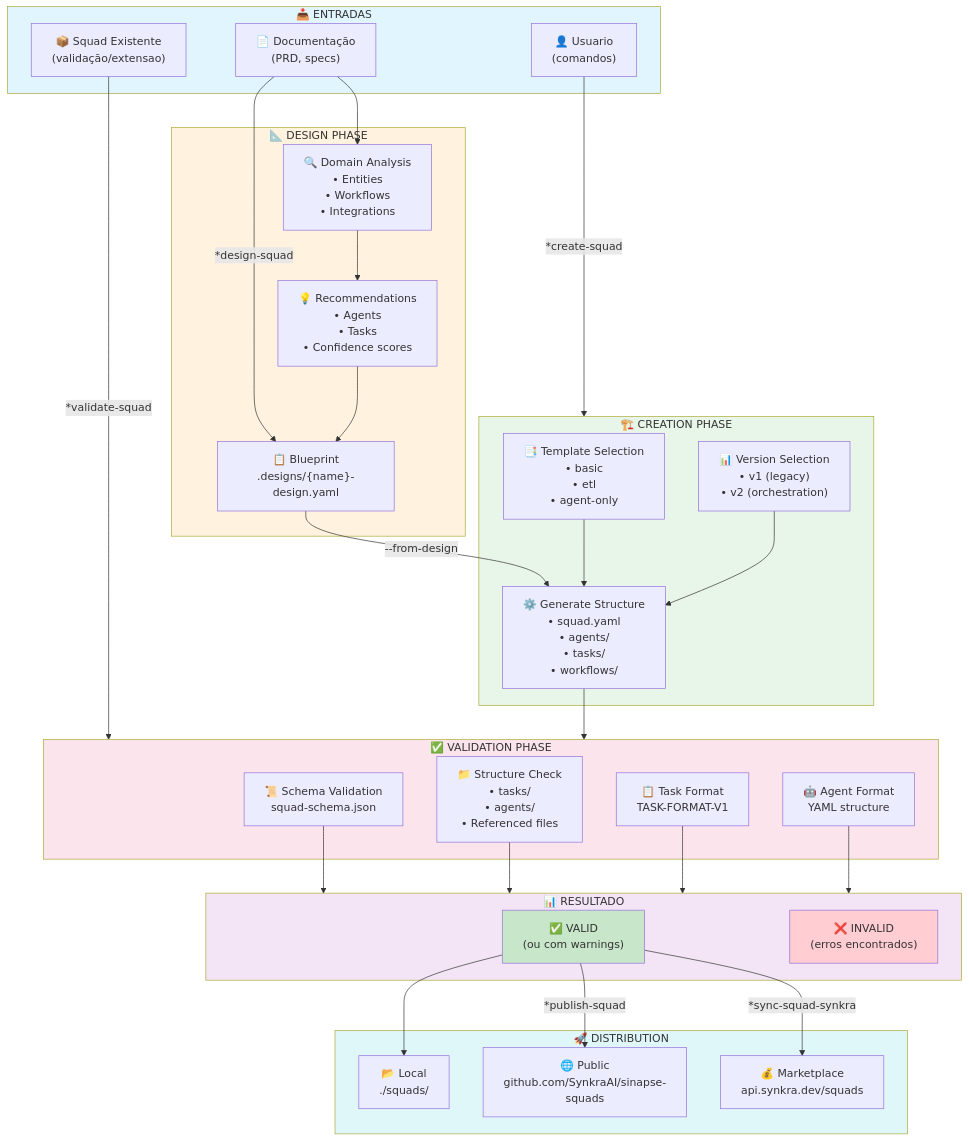
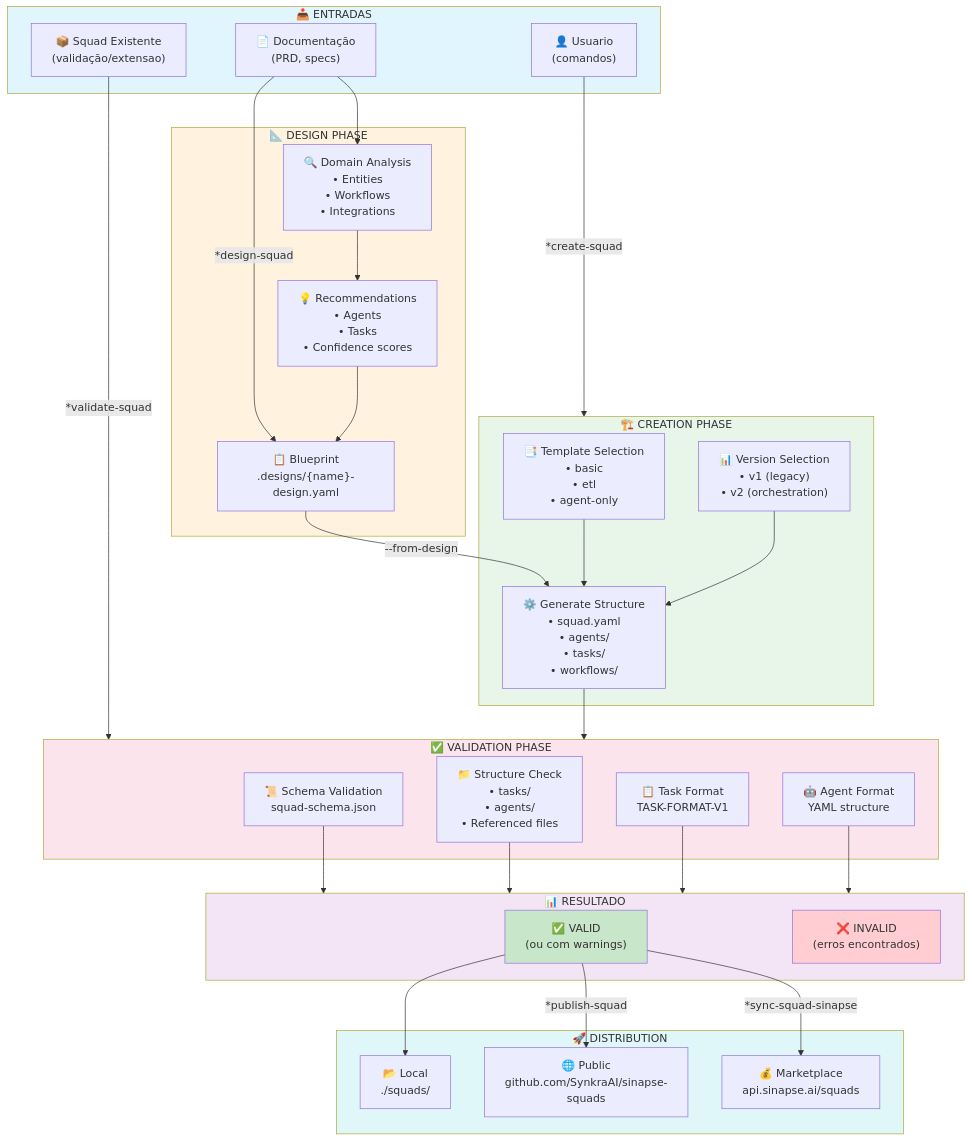
Before and after one commit to caioimori/sinapse-ai: the first of 6 diagrams in docs/sinapse-agent-flows/squad-creator-system.md, drawn with Mermaid. The commit also changed other lines of this file and 166 other files, not shown here.

First line of the commit message:
feat: merge completo — 17 squads + framework unificado SINAPSE

````diff
--- a/docs/sinapse-agent-flows/squad-creator-system.md
+++ b/docs/sinapse-agent-flows/squad-creator-system.md
@@ -107,69 +107,69 @@
 ```mermaid
 flowchart TB
     subgraph INPUTS["📥 ENTRADAS"]
         DOCS["📄 Documentação<br/>(PRD, specs)"]
         USER["👤 Usuario<br/>(comandos)"]
         EXISTING["📦 Squad Existente<br/>(validação/extensao)"]
     end
 
     DOCS -->|"*design-squad"| BLUEPRINT
     USER -->|"*create-squad"| CREATE
     EXISTING -->|"*validate-squad"| VALIDATE
 
     subgraph DESIGN["📐 DESIGN PHASE"]
         BLUEPRINT["📋 Blueprint<br/>.designs/{name}-design.yaml"]
         ANALYSIS["🔍 Domain Analysis<br/>• Entities<br/>• Workflows<br/>• Integrations"]
         RECOMMEND["💡 Recommendations<br/>• Agents<br/>• Tasks<br/>• Confidence scores"]
     end
 
     DOCS --> ANALYSIS
     ANALYSIS --> RECOMMEND
     RECOMMEND --> BLUEPRINT
 
     subgraph CREATE["🏗️ CREATION PHASE"]
         TEMPLATE["📑 Template Selection<br/>• basic<br/>• etl<br/>• agent-only"]
         VERSION["📊 Version Selection<br/>• v1 (legacy)<br/>• v2 (orchestration)"]
         GENERATE["⚙️ Generate Structure<br/>• squad.yaml<br/>• agents/<br/>• tasks/<br/>• workflows/"]
     end
 
     BLUEPRINT -->|"--from-design"| GENERATE
     TEMPLATE --> GENERATE
     VERSION --> GENERATE
 
     subgraph VALIDATE["✅ VALIDATION PHASE"]
         SCHEMA["📜 Schema Validation<br/>squad-schema.json"]
         STRUCTURE["📁 Structure Check<br/>• tasks/<br/>• agents/<br/>• Referenced files"]
         TASK_FMT["📋 Task Format<br/>TASK-FORMAT-V1"]
         AGENT_FMT["🤖 Agent Format<br/>YAML structure"]
     end
 
     GENERATE --> VALIDATE
     SCHEMA --> RESULT
     STRUCTURE --> RESULT
     TASK_FMT --> RESULT
     AGENT_FMT --> RESULT
 
     subgraph RESULT["📊 RESULTADO"]
         VALID["✅ VALID<br/>(ou com warnings)"]
         INVALID["❌ INVALID<br/>(erros encontrados)"]
     end
 
     subgraph DISTRIBUTE["🚀 DISTRIBUTION"]
         LOCAL["📂 Local<br/>./squads/"]
         PUBLIC["🌐 Public<br/>github.com/SynkraAI/sinapse-squads"]
-        MARKET["💰 Marketplace<br/>api.synkra.dev/squads"]
+        MARKET["💰 Marketplace<br/>api.sinapse.ai/squads"]
     end
 
     VALID --> LOCAL
     VALID -->|"*publish-squad"| PUBLIC
-    VALID -->|"*sync-squad-synkra"| MARKET
+    VALID -->|"*sync-squad-sinapse"| MARKET
 
     style INPUTS fill:#e1f5fe
     style DESIGN fill:#fff3e0
     style CREATE fill:#e8f5e9
     style VALIDATE fill:#fce4ec
     style RESULT fill:#f3e5f5
     style DISTRIBUTE fill:#e0f7fa
     style VALID fill:#c8e6c9
     style INVALID fill:#ffcdd2
 ```
````
